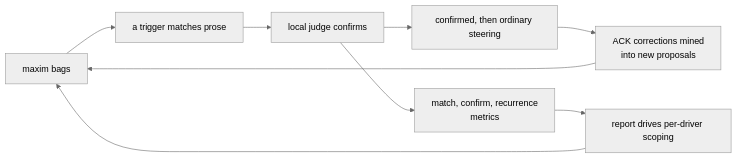
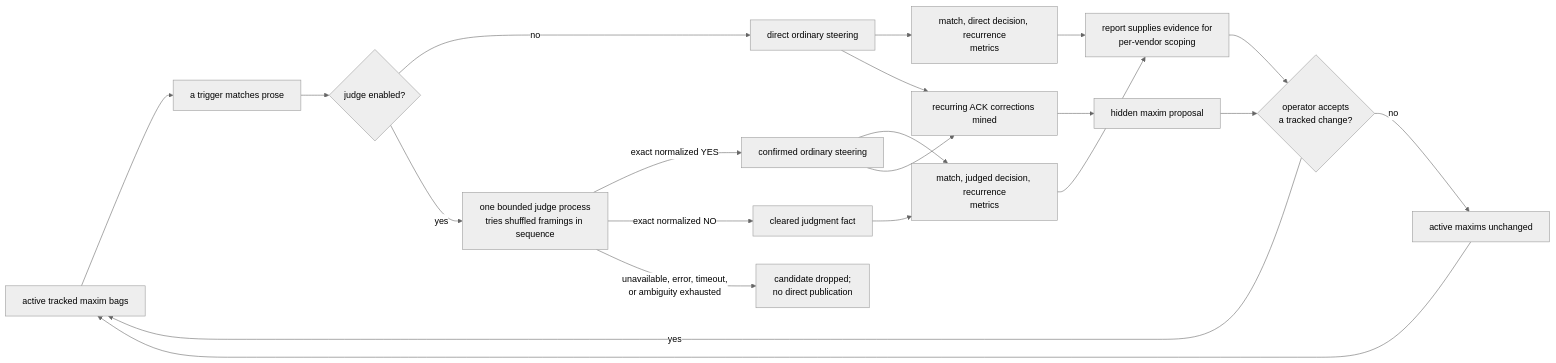
Before and after one commit to infimalabs/spice-rust: diagram 12 of 25 in docs/product/value.md, drawn with Mermaid (neutral theme). The commit also changed other lines of this file and 71 other files, not shown here.

````diff
--- a/docs/product/value.md
+++ b/docs/product/value.md
@@ -222,11 +256,23 @@
 ```mermaid
 flowchart LR
-  M[maxim bags] --> F["a trigger matches prose"]
-  F --> J["local judge confirms"]
-  J --> S["confirmed, then ordinary steering"]
-  J --> T["match, confirm, recurrence<br/>metrics"]
-  T --> P["report drives per-driver scoping"]
-  P --> M
-  S --> C["ACK corrections mined<br/>into new proposals"]
-  C --> M
+  M["active tracked maxim bags"] --> F["a trigger matches prose"]
+  F --> E{"judge enabled?"}
+  E -- no --> S["direct ordinary steering"]
+  E -- yes --> J["one bounded judge process<br/>tries shuffled framings in sequence"]
+  J -- "exact normalized YES" --> S2["confirmed ordinary steering"]
+  J -- "exact normalized NO" --> C2["cleared judgment fact"]
+  J -- "unavailable, error, timeout,<br/>or ambiguity exhausted" --> D["candidate dropped;<br/>no direct publication"]
+  S --> T["match, direct decision, recurrence<br/>metrics"]
+  S2 --> T2["match, judged decision, recurrence<br/>metrics"]
+  C2 --> T2
+  T --> P["report supplies evidence for<br/>per-vendor scoping"]
+  T2 --> P
+  S --> C["recurring ACK corrections mined"]
+  S2 --> C
+  C --> H["hidden maxim proposal"]
+  P --> O{"operator accepts<br/>a tracked change?"}
+  H --> O
+  O -- yes --> M
+  O -- no --> U["active maxims unchanged"]
+  U --> M
 ```
````
